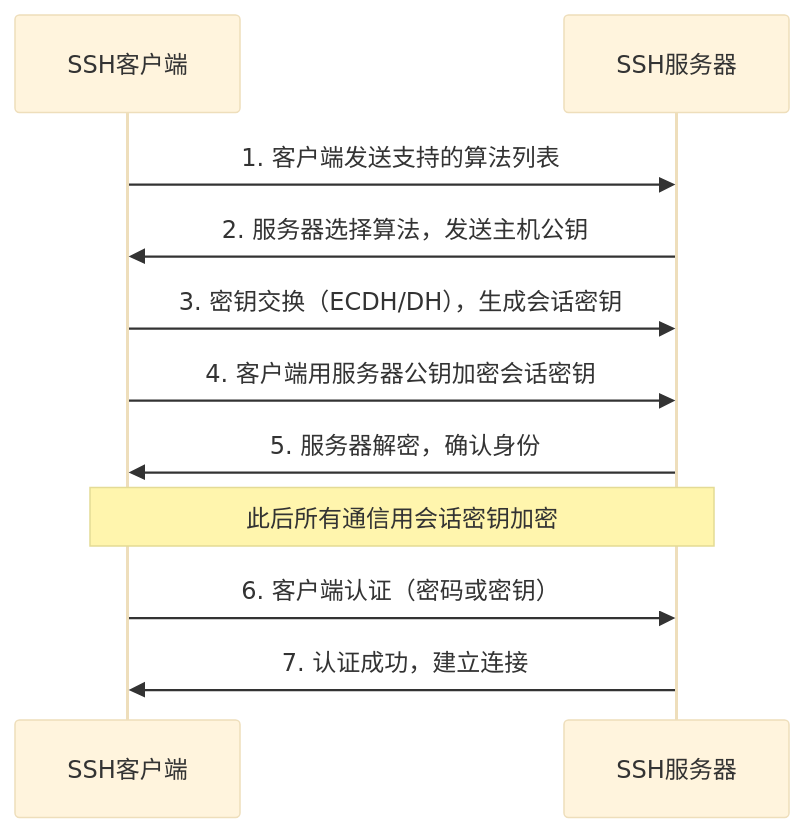
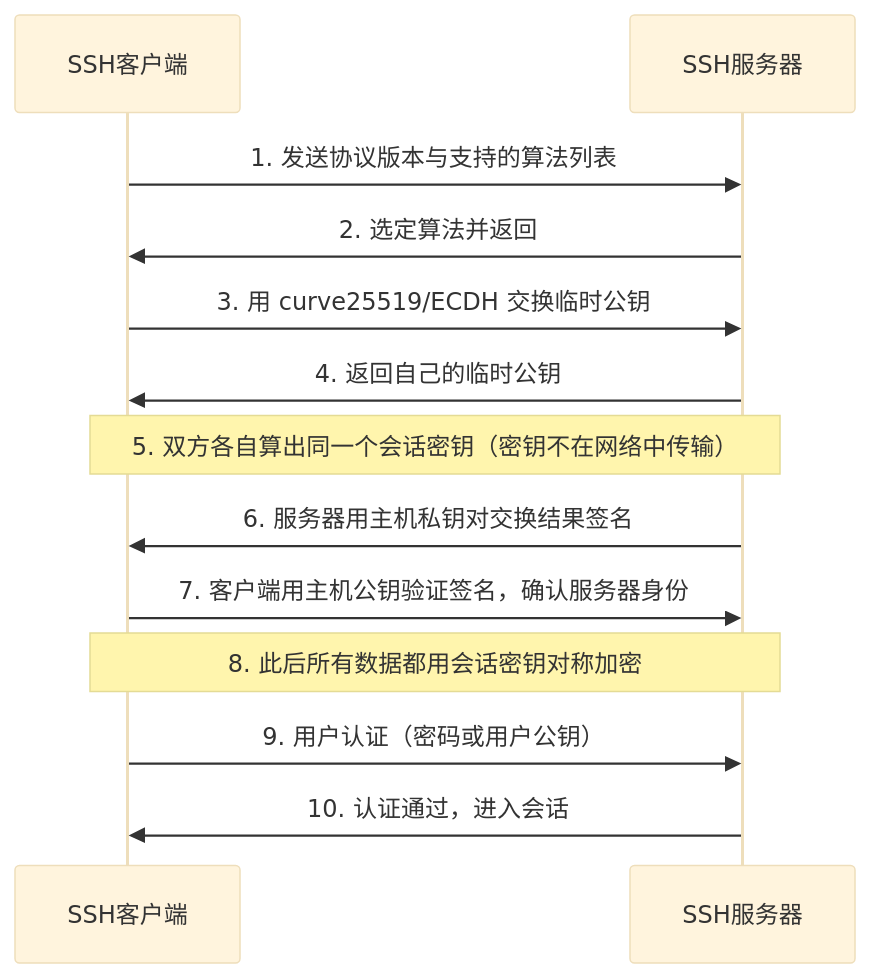
Before and after one commit to before80/prgms: the diagram in content/linux/net_basic/Chapter-32-SSH-Remote-Management.md, drawn with Mermaid (base theme). The commit also changed other lines of this file and 1645 other files, not shown here.

````diff
--- a/content/linux/net_basic/Chapter-32-SSH-Remote-Management.md
+++ b/content/linux/net_basic/Chapter-32-SSH-Remote-Management.md
@@ -70,14 +74,16 @@
 ```mermaid
 sequenceDiagram
     participant C as SSH客户端
     participant S as SSH服务器
 
-    C->>S: 1. 客户端发送支持的算法列表
-    S->>C: 2. 服务器选择算法，发送主机公钥
-    C->>S: 3. 密钥交换（ECDH/DH），生成会话密钥
-    C->>S: 4. 客户端用服务器公钥加密会话密钥
-    S->>C: 5. 服务器解密，确认身份
-    Note over C,S: 此后所有通信用会话密钥加密
-    C->>S: 6. 客户端认证（密码或密钥）
-    S->>C: 7. 认证成功，建立连接
+    C->>S: 1. 发送协议版本与支持的算法列表
+    S->>C: 2. 选定算法并返回
+    C->>S: 3. 用 curve25519/ECDH 交换临时公钥
+    S->>C: 4. 返回自己的临时公钥
+    Note over C,S: 5. 双方各自算出同一个会话密钥（密钥不在网络中传输）
+    S->>C: 6. 服务器用主机私钥对交换结果签名
+    C->>S: 7. 客户端用主机公钥验证签名，确认服务器身份
+    Note over C,S: 8. 此后所有数据都用会话密钥对称加密
+    C->>S: 9. 用户认证（密码或用户公钥）
+    S->>C: 10. 认证通过，进入会话
 ```
````
